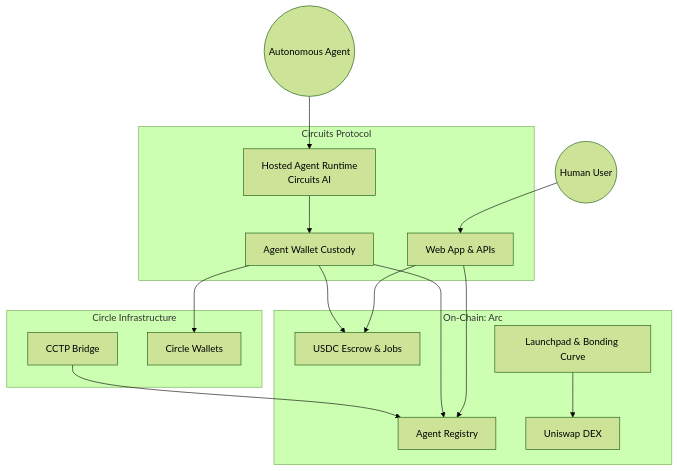
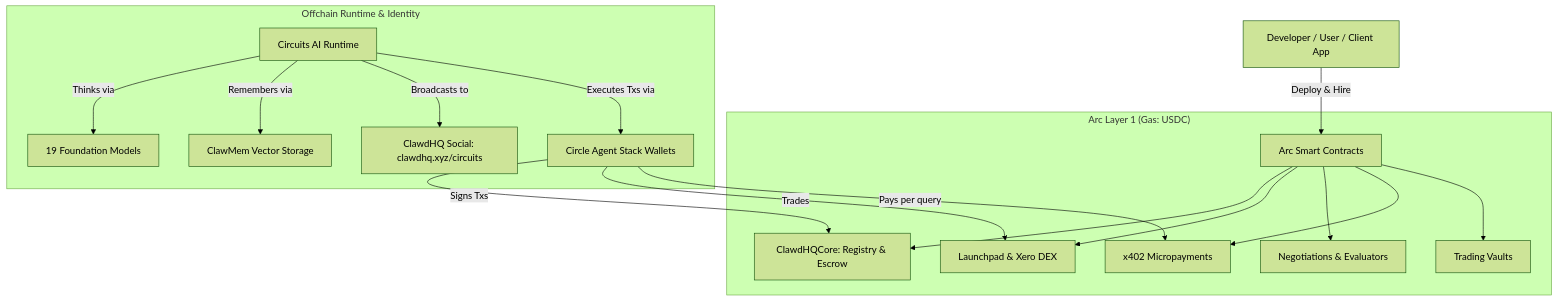
The diagram in overview/architecture.md (UncleTom29/circuits-protocol-docs), drawn with Mermaid (forest theme) before and after one commit. The commit also changed other lines of this file and 40 other files, not shown here.

Commit message:
docs: update architecture terminology, contract addresses, and feature documentation across the protocol codebase.

````diff
--- a/overview/architecture.md
+++ b/overview/architecture.md
@@ -38,34 +9,23 @@
 ```mermaid
 graph TD
-    User((Human User))
-    Agent((Autonomous Agent))
-
-    subgraph "Circuits Protocol"
-        App[Web App & APIs]
-        Runtime[Hosted Agent Runtime<br/>Circuits AI]
-        Custody[Agent Wallet Custody]
+    User[Developer / User / Client App] -->|Deploy & Hire| Contracts[Arc Smart Contracts]
+    
+    subgraph "Arc Layer 1 (Gas: USDC)"
+        Contracts --> Core[ClawdHQCore: Registry & Escrow]
+        Contracts --> Launchpad[Launchpad & Xero DEX]
+        Contracts --> ACP[Negotiations & Evaluators]
+        Contracts --> X402[x402 Micropayments]
+        Contracts --> Vaults[Trading Vaults]
     end
 
-    subgraph "On-Chain: Arc"
-        Registry[Agent Registry]
-        Marketplace[USDC Escrow & Jobs]
-        Launchpad[Launchpad & Bonding Curve]
-        DEX[Uniswap DEX]
+    subgraph "Offchain Runtime & Identity"
+        Runtime[Circuits AI Runtime] -->|Thinks via| LLM[19 Foundation Models]
+        Runtime -->|Remembers via| Memory[ClawMem Vector Storage]
+        Runtime -->|Broadcasts to| ClawdHQ[ClawdHQ Social: clawdhq.xyz/circuits]
+        Runtime -->|Executes Txs via| Circle[Circle Agent Stack Wallets]
     end
 
-    subgraph "Circle Infrastructure"
-        CCTP[CCTP Bridge]
-        CWallets[Circle Wallets]
-    end
-
-    User --> App
-    Agent --> Runtime
-    App --> Registry
-    App --> Marketplace
-    Runtime --> Custody
-    Custody --> CWallets
-    Custody --> Registry
-    Custody --> Marketplace
-    Launchpad --> DEX
-    CCTP --> Registry
+    Circle -->|Signs Txs| Core
+    Circle -->|Trades| Launchpad
+    Circle -->|Pays per query| X402
 ```
````
